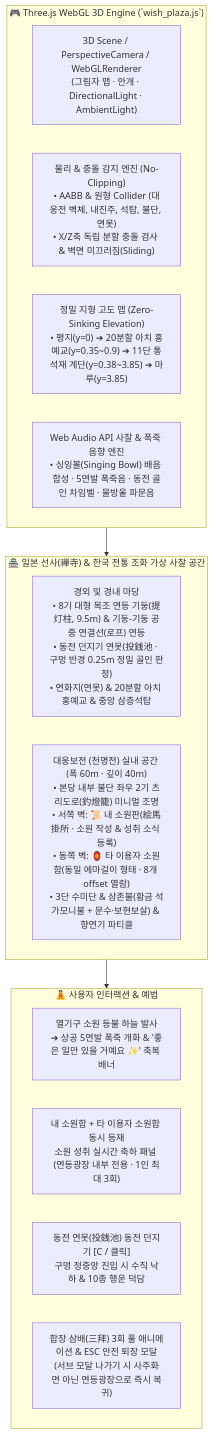
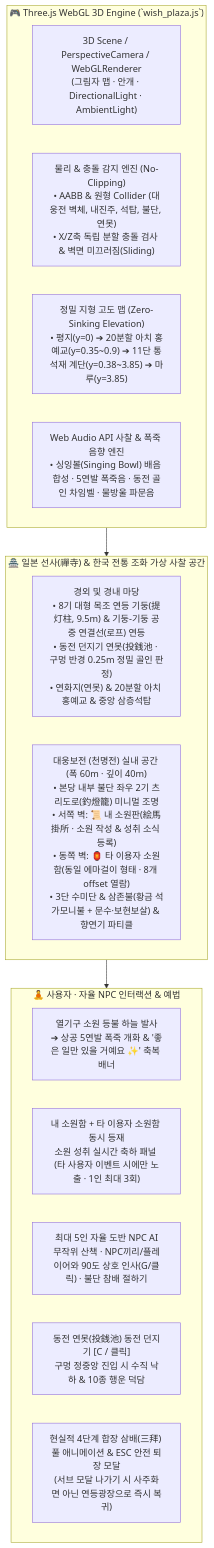
The second of 6 diagrams in README.md (minjae0529-blip/Daily-Fortune), drawn with Mermaid before and after one commit. The commit also changed other lines of this file and 6 other files, not shown here.

Commit message:
feat(wish-plaza): add 5 autonomous NPCs with random wandering, NPC-to-NPC 90-degree greeting, temple bowing, and refresh README/demo

````diff
--- a/README.md
+++ b/README.md
@@ -86,24 +86,25 @@
 ```mermaid
 graph TB
     subgraph Engine ["🎮 Three.js WebGL 3D Engine (`wish_plaza.js`)"]
         Render["3D Scene / PerspectiveCamera / WebGLRenderer<br/>(그림자 맵 · 안개 · DirectionalLight · AmbientLight)"]
         Physics["물리 & 충돌 감지 엔진 (No-Clipping)<br/>• AABB & 원형 Collider (대웅전 벽체, 내진주, 석탑, 불단, 연못)<br/>• X/Z축 독립 분할 충돌 검사 & 벽면 미끄러짐(Sliding)"]
         Elevation["정밀 지형 고도 맵 (Zero-Sinking Elevation)<br/>• 평지(y=0) ➔ 20분할 아치 홍예교(y=0.35~0.9) ➔ 11단 통석재 계단(y=0.38~3.85) ➔ 마루(y=3.85)"]
         Audio["Web Audio API 사찰 & 폭죽 음향 엔진<br/>• 싱잉볼(Singing Bowl) 배음 합성 · 5연발 폭죽음 · 동전 골인 차임벨 · 물방울 파문음"]
     end
 
     subgraph TempleSpace ["🏯 일본 선사(禪寺) & 한국 전통 조화 가상 사찰 공간"]
         OutCourtyard["경외 및 경내 마당<br/>• 8기 대형 목조 연등 기둥(提灯柱, 9.5m) & 기둥-기둥 공중 연결선(로프) 연등<br/>• 동전 던지기 연못(投銭池 · 구멍 반경 0.25m 정밀 골인 판정)<br/>• 연화지(연못) & 20분할 아치 홍예교 & 중앙 삼층석탑"]
         Daeungjeon["대웅보전 (천명전) 실내 공간 (폭 60m · 깊이 40m)<br/>• 본당 내부 불단 좌우 2기 츠리도로(釣燈籠) 미니멀 조명<br/>• 서쪽 벽: 📜 내 소원판(絵馬掛所 · 소원 작성 & 성취 소식 등록)<br/>• 동쪽 벽: 🏮 타 이용자 소원함(동일 에마걸이 형태 · 8개 offset 열람)<br/>• 3단 수미단 & 삼존불(황금 석가모니불 + 문수·보현보살) & 향연기 파티클"]
     end
 
-    subgraph UserActions ["🧘 사용자 인터랙션 & 예법"]
+    subgraph UserActions ["🧘 사용자 · 자율 NPC 인터랙션 & 예법"]
         SkyLaunch["열기구 소원 등불 하늘 발사<br/>➔ 상공 5연발 폭죽 개화 & '좋은 일만 있을 거예요 ✨' 축복 배너"]
-        WishBoards["내 소원함 + 타 이용자 소원함 동시 등재<br/>소원 성취 실시간 축하 패널 (연등광장 내부 전용 · 1인 최대 3회)"]
+        WishBoards["내 소원함 + 타 이용자 소원함 동시 등재<br/>소원 성취 실시간 축하 패널 (타 사용자 이벤트 시에만 노출 · 1인 최대 3회)"]
+        NpcAI["최대 5인 자율 도반 NPC AI<br/>무작위 산책 · NPC끼리/플레이어와 90도 상호 인사(G/클릭) · 불단 참배 절하기"]
         CoinToss["동전 연못(投銭池) 동전 던지기 [C / 클릭]<br/>구멍 정중앙 진입 시 수직 낙하 & 10종 행운 덕담"]
-        Bow["합장 삼배(三拜) 3회 풀 애니메이션 & ESC 안전 퇴장 모달<br/>(서브 모달 나가기 시 사주화면 아닌 연등광장으로 즉시 복귀)"]
+        Bow["현실적 4단계 합장 삼배(三拜) 풀 애니메이션 & ESC 안전 퇴장 모달<br/>(서브 모달 나가기 시 사주화면 아닌 연등광장으로 즉시 복귀)"]
     end
 
     Engine --> TempleSpace
     TempleSpace --> UserActions
 ```
````
